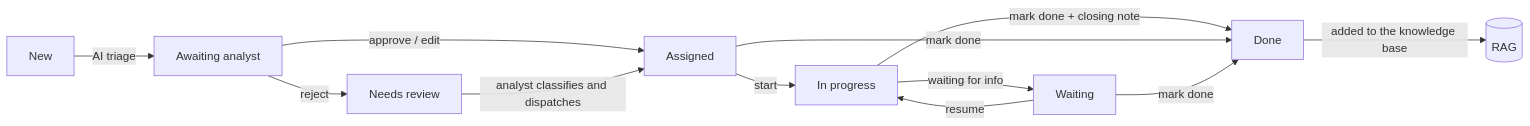
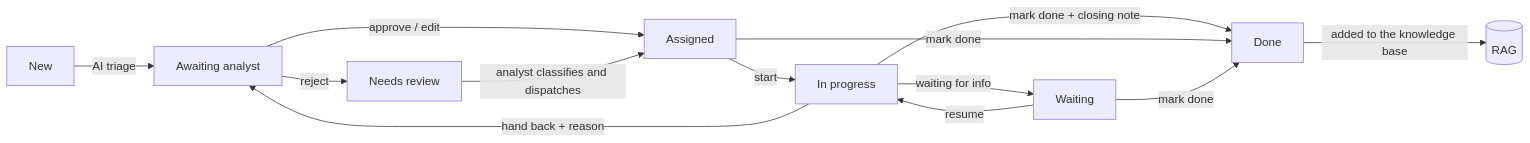
Before and after one commit to Shivamm08/Swiss_AI_Zurich_Hackathon26: the diagram in docs/wiki/15-Roles-and-Ticket-Lifecycle.md, drawn with Mermaid. The commit also changed other lines of this file and 3 other files, not shown here.

Commit message:
Docs: permission table, escalate vs hand back vs ask

````diff
--- a/docs/wiki/15-Roles-and-Ticket-Lifecycle.md
+++ b/docs/wiki/15-Roles-and-Ticket-Lifecycle.md
@@ -23,14 +23,15 @@
 ```mermaid
 flowchart LR
   N[New] -->|AI triage| O[Awaiting analyst]
   O -->|approve / edit| A[Assigned]
   O -->|reject| R[Needs review]
   R -->|analyst classifies and dispatches| A
   A -->|start| P[In progress]
   P -->|waiting for info| W[Waiting]
   W -->|resume| P
   P -->|mark done + closing note| D[Done]
+  P -->|hand back + reason| O
   A -->|mark done| D
   W -->|mark done| D
   D -->|added to the knowledge base| KB[(RAG)]
 ```
````
